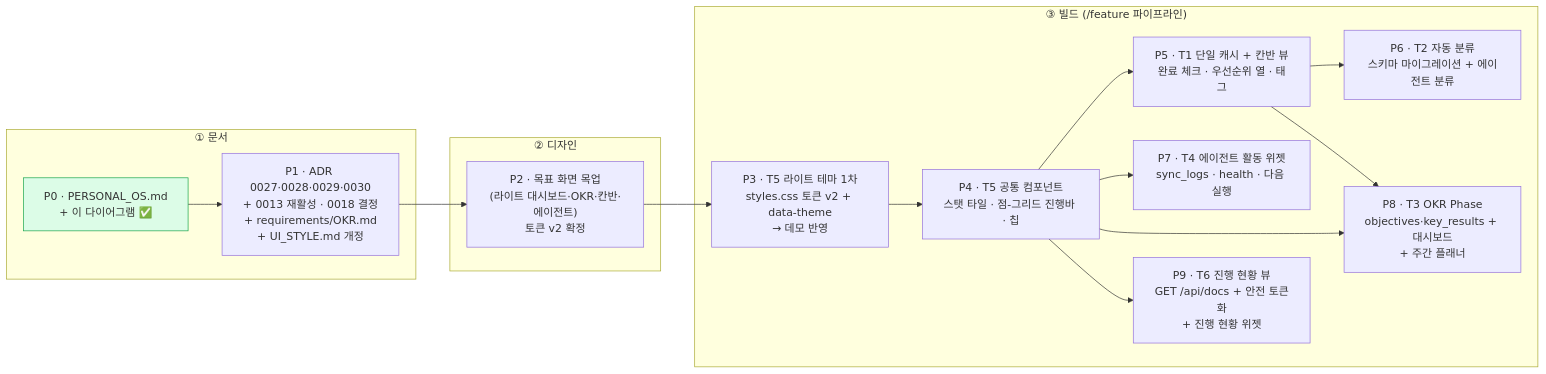
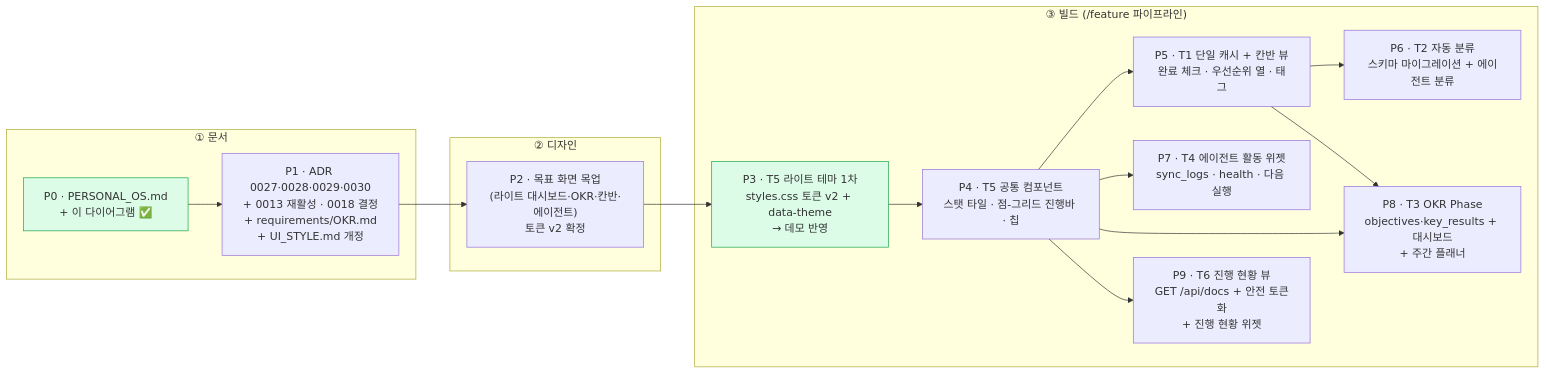
The diagram in docs/progress/PROGRESS.md (gamercross/my-setup-proj), drawn with Mermaid before and after one commit. The commit also changed other lines of this file and 17 other files, not shown here.

````diff
--- a/docs/progress/PROGRESS.md
+++ b/docs/progress/PROGRESS.md
@@ -304,28 +304,29 @@
 ```mermaid
 flowchart LR
   subgraph DOC["① 문서"]
     P0["P0 · PERSONAL_OS.md<br/>+ 이 다이어그램 ✅"]
     P1["P1 · ADR 0027·0028·0029·0030<br/>+ 0013 재활성 · 0018 결정<br/>+ requirements/OKR.md<br/>+ UI_STYLE.md 개정"]
   end
   subgraph DES["② 디자인"]
     P2["P2 · 목표 화면 목업<br/>(라이트 대시보드·OKR·칸반·에이전트)<br/>토큰 v2 확정"]
   end
   subgraph BUILD["③ 빌드 (/feature 파이프라인)"]
     P3["P3 · T5 라이트 테마 1차<br/>styles.css 토큰 v2 + data-theme<br/>→ 데모 반영"]
     P4["P4 · T5 공통 컴포넌트<br/>스탯 타일 · 점-그리드 진행바 · 칩"]
     P5["P5 · T1 단일 캐시 + 칸반 뷰<br/>완료 체크 · 우선순위 열 · 태그"]
     P6["P6 · T2 자동 분류<br/>스키마 마이그레이션 + 에이전트 분류"]
     P7["P7 · T4 에이전트 활동 위젯<br/>sync_logs · health · 다음 실행"]
     P8["P8 · T3 OKR Phase<br/>objectives·key_results + 대시보드<br/>+ 주간 플래너"]
     P9["P9 · T6 진행 현황 뷰<br/>GET /api/docs + 안전 토큰화<br/>+ 진행 현황 위젯"]
   end
 
   P0 --> P1 --> P2 --> P3 --> P4
   P4 --> P5 --> P6
   P4 --> P7
   P4 --> P8
   P4 --> P9
   P5 --> P8
 
   style P0 fill:#dcfce7,stroke:#16a34a
+  style P3 fill:#dcfce7,stroke:#16a34a
 ```
````
